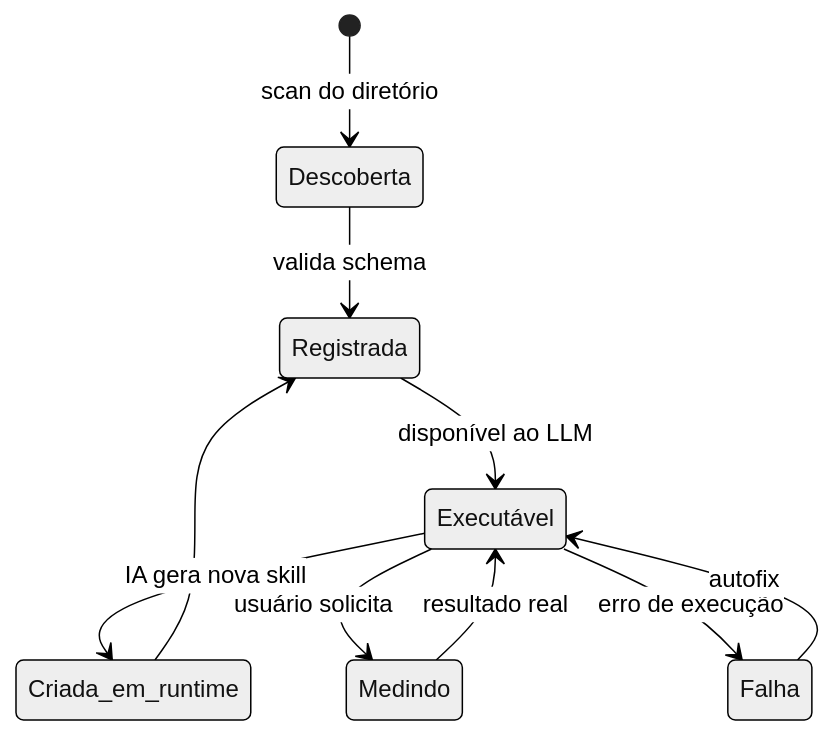
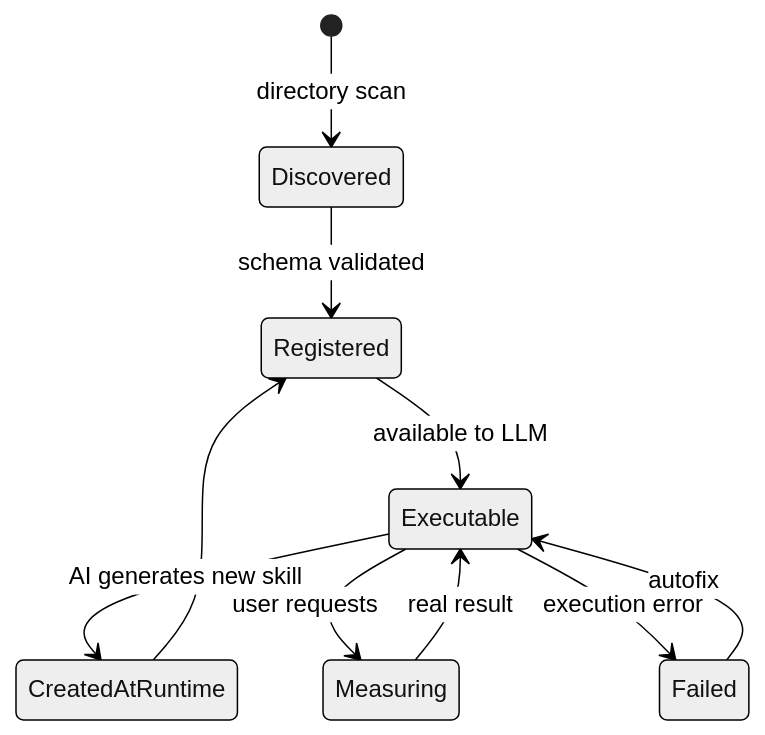
The fourth of 4 diagrams in docs/diagrams/architecture.md (WinstonPereira/diana-ai-agent-showcase), drawn with Mermaid (neutral theme) before and after one commit. The commit also changed other lines of this file, not shown here.

Commit message:
docs: translate architecture diagrams to English

````diff
--- a/docs/diagrams/architecture.md
+++ b/docs/diagrams/architecture.md
@@ -69,12 +69,12 @@
 ```mermaid
 stateDiagram-v2
-    [*] --> Descoberta: scan do diretório
-    Descoberta --> Registrada: valida schema
-    Registrada --> Executável: disponível ao LLM
-    Executável --> Criada_em_runtime: IA gera nova skill
-    Criada_em_runtime --> Registrada
-    Executável --> Medindo: usuário solicita
-    Medindo --> Executável: resultado real
-    Executável --> Falha: erro de execução
-    Falha --> Executável: autofix
+    [*] --> Discovered: directory scan
+    Discovered --> Registered: schema validated
+    Registered --> Executable: available to LLM
+    Executable --> CreatedAtRuntime: AI generates new skill
+    CreatedAtRuntime --> Registered
+    Executable --> Measuring: user requests
+    Measuring --> Executable: real result
+    Executable --> Failed: execution error
+    Failed --> Executable: autofix
 ```
````
